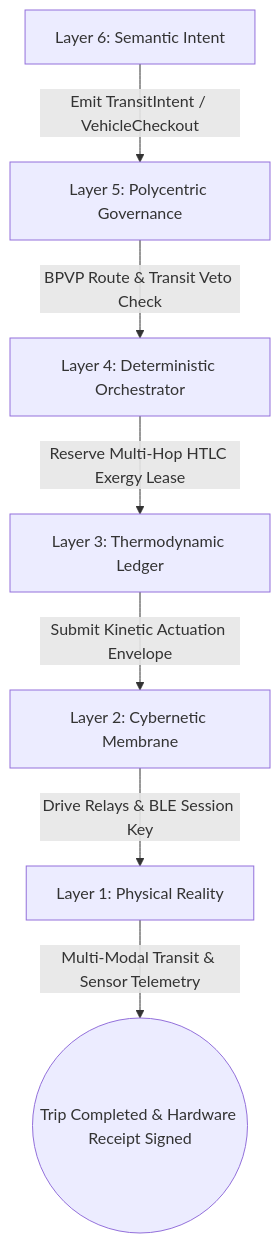
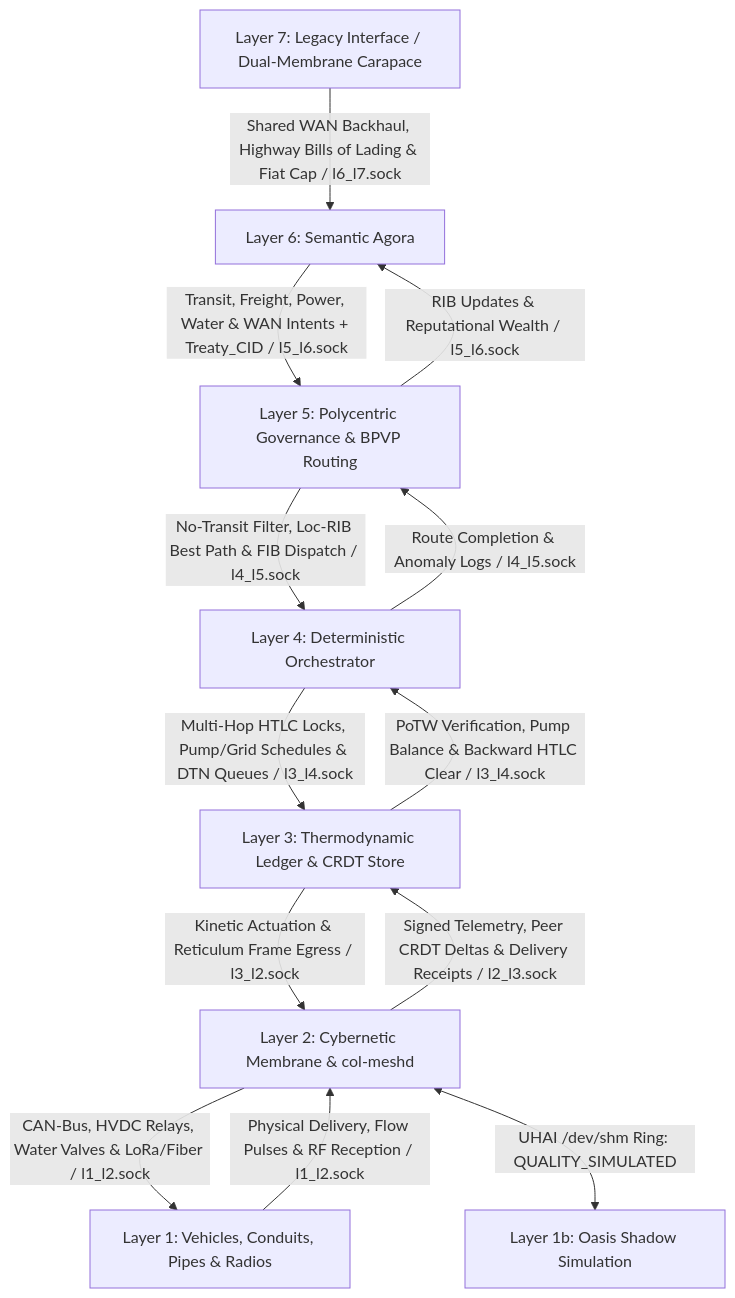
The first of 4 diagrams in docs/scenarios/beta_transit.md (raffaine/collective), drawn with Mermaid before and after one commit. The commit also changed other lines of this file and 56 other files, not shown here.

Commit message:
feat(sprints-11-14): implement Homestead playability, 3D pathfinding, Scenario Gamma kitchen, Async Node Proxies, and Layer 6/5/4 architecture

````diff
--- a/docs/scenarios/beta_transit.md
+++ b/docs/scenarios/beta_transit.md
@@ -41,9 +121,15 @@
 ```mermaid
 graph TD
-    L6[Layer 6: Semantic Intent] -->|Emit TransitIntent / VehicleCheckout| L5[Layer 5: Polycentric Governance]
-    L5 -->|BPVP Route & Transit Veto Check| L4[Layer 4: Deterministic Orchestrator]
-    L4 -->|Reserve Multi-Hop HTLC Exergy Lease| L3[Layer 3: Thermodynamic Ledger]
-    L3 -->|Submit Kinetic Actuation Envelope| L2[Layer 2: Cybernetic Membrane]
-    L2 -->|Drive Relays & BLE Session Key| L1[Layer 1: Physical Reality]
-    L1 -->|Multi-Modal Transit & Sensor Telemetry| End((Trip Completed & Hardware Receipt Signed))
+    L7[Layer 7: Legacy Interface / Dual-Membrane Carapace] -->|Shared WAN Backhaul, Highway Bills of Lading & Fiat Cap / l6_l7.sock| L6[Layer 6: Semantic Agora]
+    L6 -->|Transit, Freight, Power, Water & WAN Intents + Treaty_CID / l5_l6.sock| L5[Layer 5: Polycentric Governance & BPVP Routing]
+    L5 -->|No-Transit Filter, Loc-RIB Best Path & FIB Dispatch / l4_l5.sock| L4[Layer 4: Deterministic Orchestrator]
+    L4 -->|Multi-Hop HTLC Locks, Pump/Grid Schedules & DTN Queues / l3_l4.sock| L3[Layer 3: Thermodynamic Ledger & CRDT Store]
+    L3 -->|Kinetic Actuation & Reticulum Frame Egress / l3_l2.sock| L2[Layer 2: Cybernetic Membrane & col-meshd]
+    L2 -->|CAN-Bus, HVDC Relays, Water Valves & LoRa/Fiber / l1_l2.sock| L1[Layer 1: Vehicles, Conduits, Pipes & Radios]
+    L2 <-->|UHAI /dev/shm Ring: QUALITY_SIMULATED| L1b[Layer 1b: Oasis Shadow Simulation]
+    L1 -->|Physical Delivery, Flow Pulses & RF Reception / l1_l2.sock| L2
+    L2 -->|Signed Telemetry, Peer CRDT Deltas & Delivery Receipts / l2_l3.sock| L3
+    L3 -->|PoTW Verification, Pump Balance & Backward HTLC Clear / l3_l4.sock| L4
+    L4 -->|Route Completion & Anomaly Logs / l4_l5.sock| L5
+    L5 -->|RIB Updates & Reputational Wealth / l5_l6.sock| L6
 ```
````
